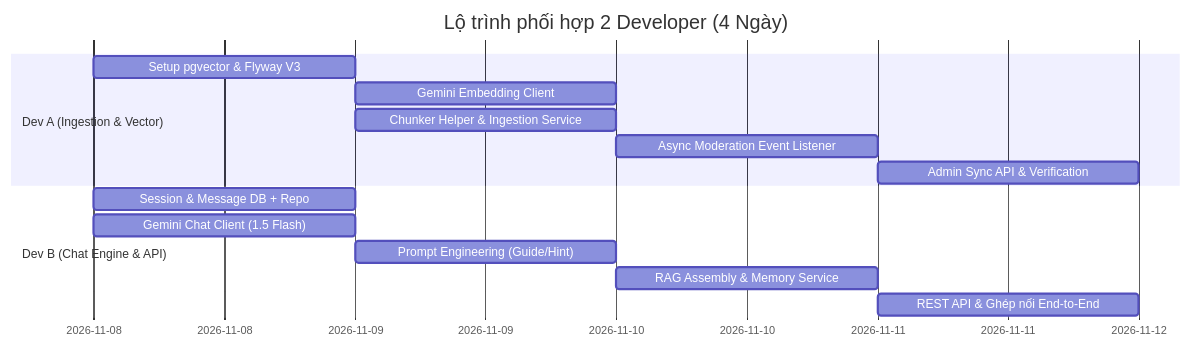
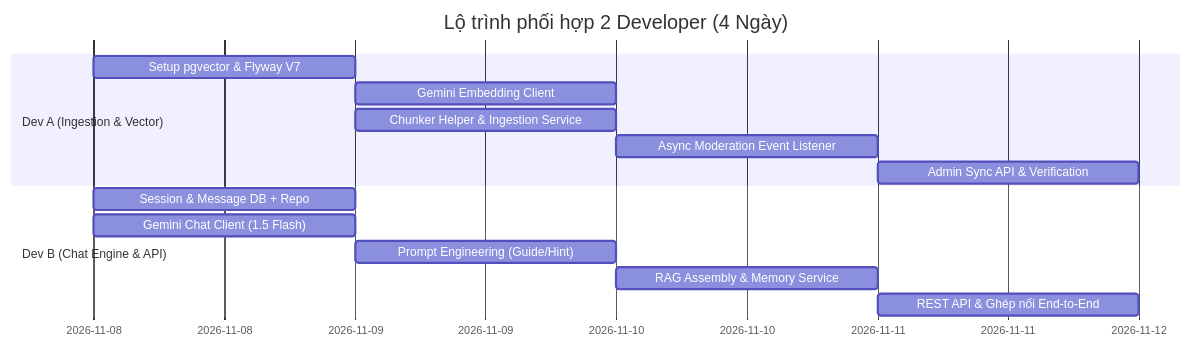
One commit to mlong05/journey-go changed the second of 2 diagrams in backend/docs/AI_RAG_IMPLEMENTATION_PLAN.md. Above: the diagram before and after it, drawn with Mermaid. The commit also changed other lines of this file and 25 other files, not shown here.

````diff
--- a/backend/docs/AI_RAG_IMPLEMENTATION_PLAN.md
+++ b/backend/docs/AI_RAG_IMPLEMENTATION_PLAN.md
@@ -130,17 +130,17 @@
 ```mermaid
 gantt
     title Lộ trình phối hợp 2 Developer (4 Ngày)
     dateFormat  YYYY-MM-DD
     section Dev A (Ingestion & Vector)
-    Setup pgvector & Flyway V3        :a1, 2026-11-08, 1d
+    Setup pgvector & Flyway V7        :a1, 2026-11-08, 1d
     Gemini Embedding Client           :a2, 2026-11-09, 1d
     Chunker Helper & Ingestion Service :a3, 2026-11-09, 1d
     Async Moderation Event Listener   :a4, 2026-11-10, 1d
     Admin Sync API & Verification     :a5, 2026-11-11, 1d
     section Dev B (Chat Engine & API)
     Session & Message DB + Repo       :b1, 2026-11-08, 1d
     Gemini Chat Client (1.5 Flash)    :b2, 2026-11-08, 1d
     Prompt Engineering (Guide/Hint)   :b3, 2026-11-09, 1d
     RAG Assembly & Memory Service     :b4, 2026-11-10, 1d
     REST API & Ghép nối End-to-End    :b5, 2026-11-11, 1d
 ```
````
